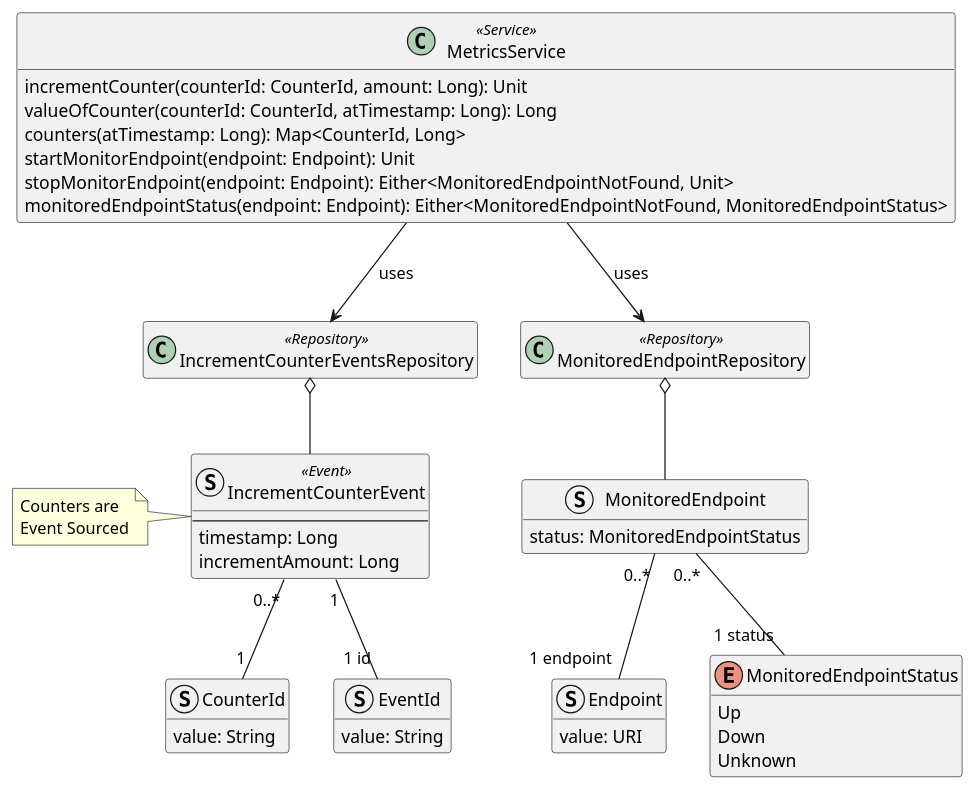
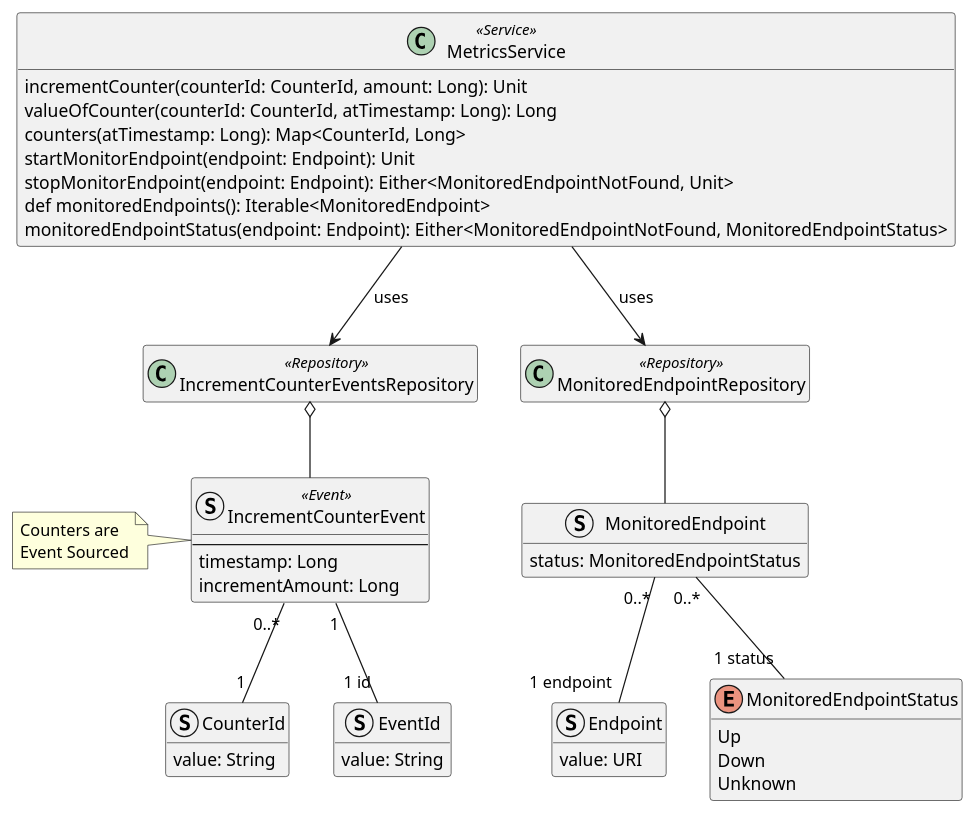
The diagram in doc/diagrams/src/metrics-service-domain-model.puml (Ventus218/SAP-assignment-02), drawn with PlantUML before and after one commit. The commit also changed 4 other files, not shown here.

```diff
--- a/doc/diagrams/src/metrics-service-domain-model.puml
+++ b/doc/diagrams/src/metrics-service-domain-model.puml
@@ -1,61 +1,62 @@
 @startuml metrics-service-domain-model
 
 class MetricsService <<Service>> {
     incrementCounter(counterId: CounterId, amount: Long): Unit
     valueOfCounter(counterId: CounterId, atTimestamp: Long): Long
     counters(atTimestamp: Long): Map<CounterId, Long>
     startMonitorEndpoint(endpoint: Endpoint): Unit
     stopMonitorEndpoint(endpoint: Endpoint): Either<MonitoredEndpointNotFound, Unit>
+    def monitoredEndpoints(): Iterable<MonitoredEndpoint>
     monitoredEndpointStatus(endpoint: Endpoint): Either<MonitoredEndpointNotFound, MonitoredEndpointStatus>
 }
 
 struct CounterId {
     value: String
 }
 
 struct EventId {
     value: String
 }
 
 struct IncrementCounterEvent <<Event>> {
     --
     timestamp: Long
     incrementAmount: Long
 }
 
 IncrementCounterEvent "0..*" -- "1" CounterId
 IncrementCounterEvent "1" -- "1 id" EventId
 
 class IncrementCounterEventsRepository <<Repository>>
 IncrementCounterEventsRepository o-- IncrementCounterEvent
 MetricsService --> IncrementCounterEventsRepository : "uses"
 
 note left of IncrementCounterEvent
     Counters are
     Event Sourced
 end note
 
 
 struct Endpoint {
     value: URI
 }
 
 struct MonitoredEndpoint {
     status: MonitoredEndpointStatus
 }
 MonitoredEndpoint "0..*" -- "1 endpoint" Endpoint
 
 enum MonitoredEndpointStatus {
     Up
     Down
     Unknown
 }
 MonitoredEndpoint "0..*" -- "1 status" MonitoredEndpointStatus
 
 class MonitoredEndpointRepository <<Repository>>
 MonitoredEndpointRepository o--  MonitoredEndpoint
 MetricsService --> MonitoredEndpointRepository : "uses"
 
 hide empty members
 
 @enduml
```
